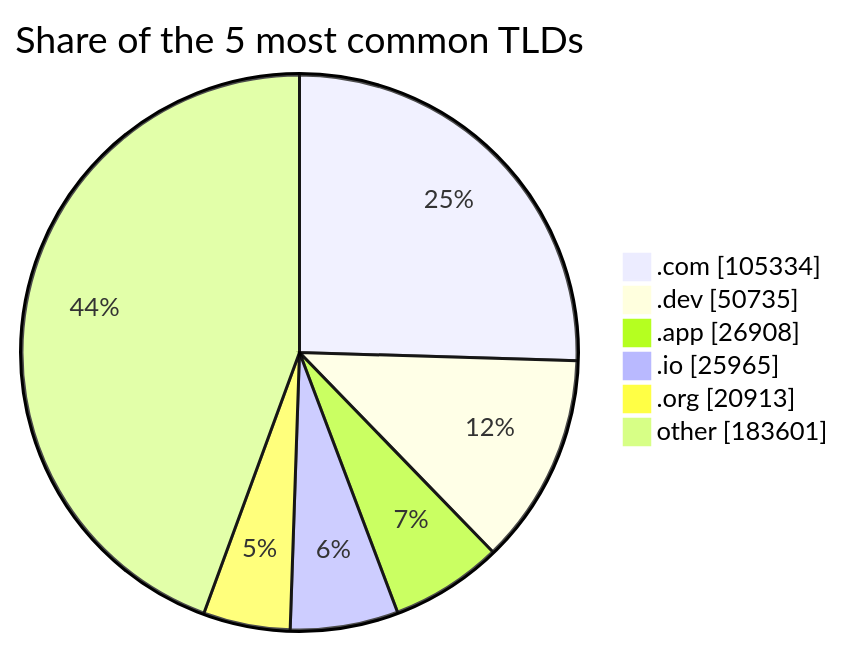
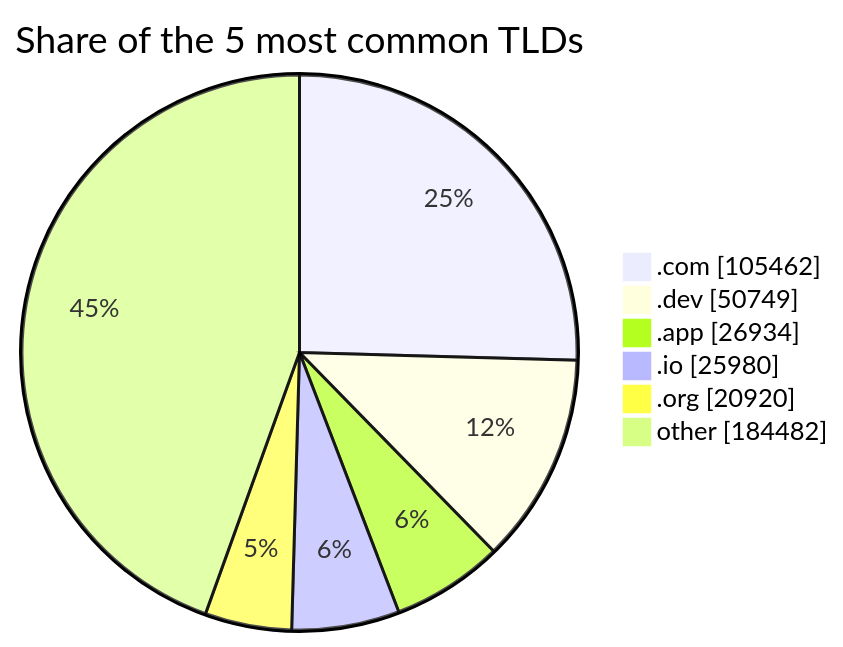
The third of 3 diagrams in README.md (DNSBunker/CTI), drawn with Mermaid before and after one commit. The commit also changed other lines of this file and 3 other files, not shown here.

````diff
--- a/README.md
+++ b/README.md
@@ -81,9 +81,9 @@
 ```mermaid
 pie showData title Share of the 5 most common TLDs
-    ".com" : 105334
-    ".dev" : 50735
-    ".app" : 26908
-    ".io" : 25965
-    ".org" : 20913
-    "other" : 183601
+    ".com" : 105462
+    ".dev" : 50749
+    ".app" : 26934
+    ".io" : 25980
+    ".org" : 20920
+    "other" : 184482
 ```
````
